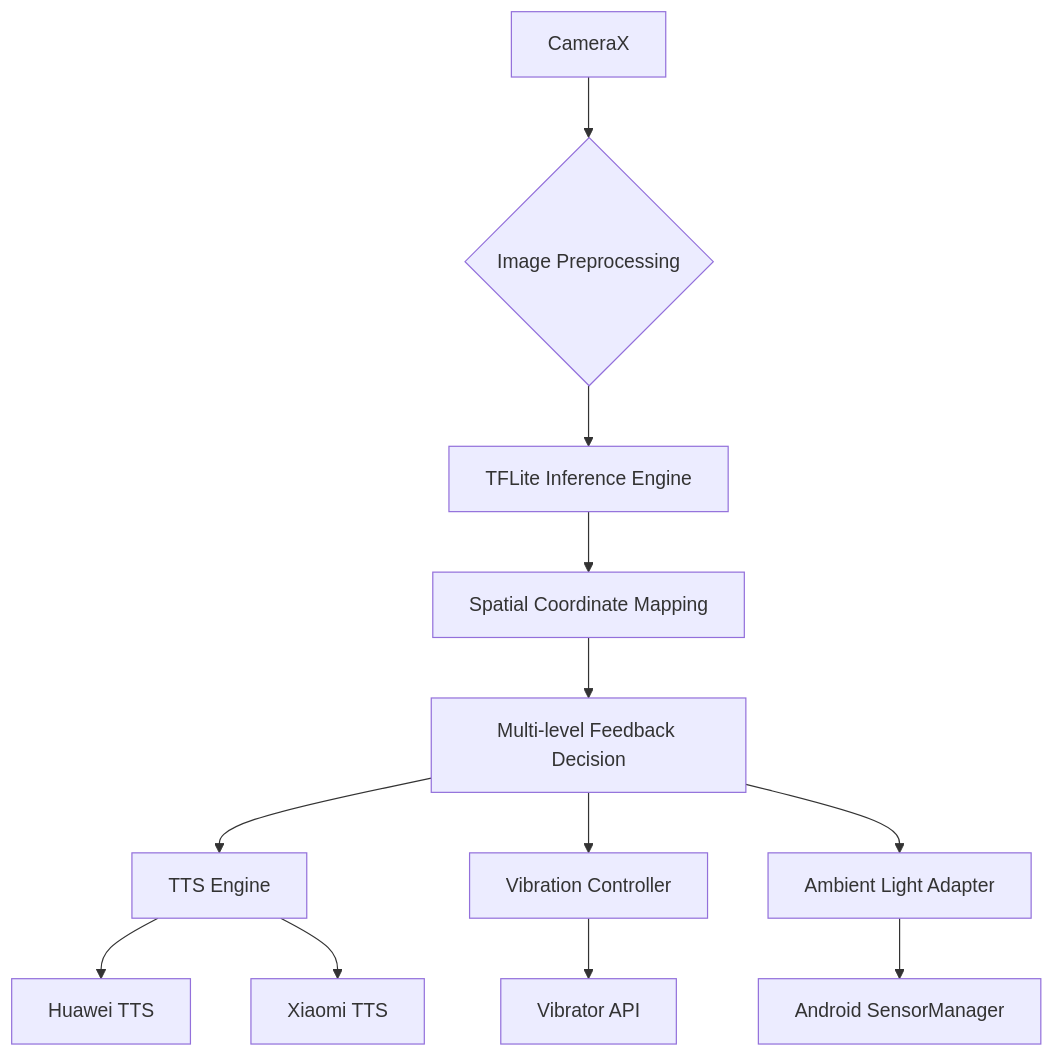
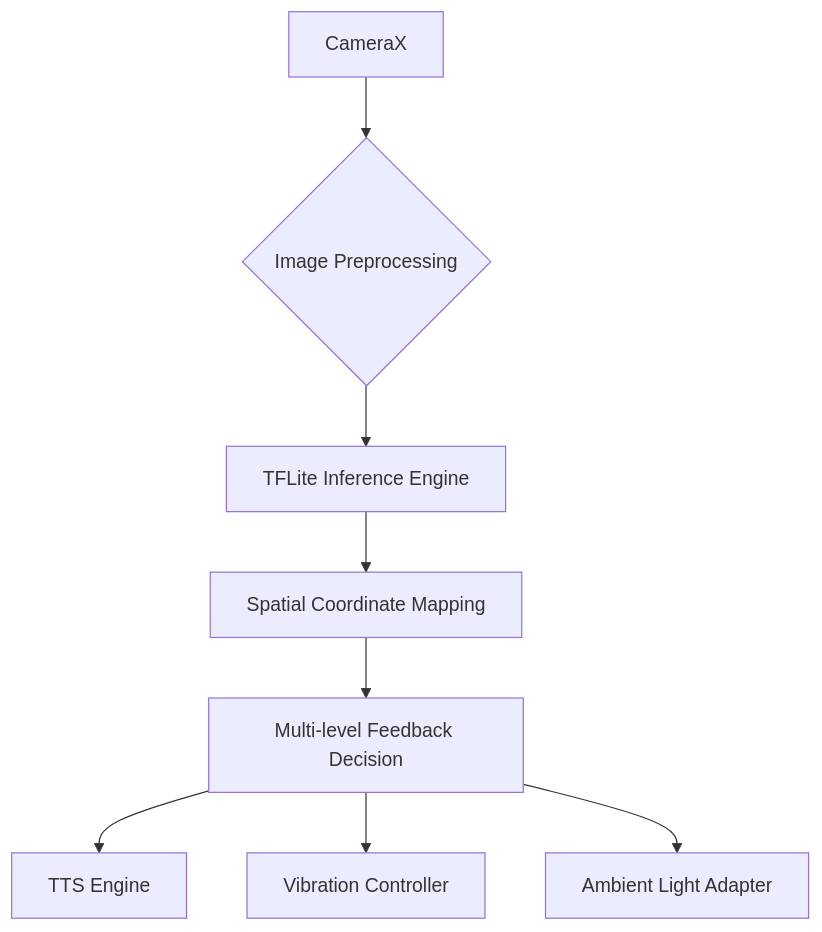
One commit to RUV2005/RUV2005 changed the first of 2 diagrams in README.md. Above: the diagram before and after it, drawn with Mermaid. The commit also changed other lines of this file, not shown here.

````diff
--- a/README.md
+++ b/README.md
@@ -51,14 +51,10 @@
 ```mermaid
 graph TD
     A[CameraX] --> B{Image Preprocessing}
     B --> C[TFLite Inference Engine]
     C --> D[Spatial Coordinate Mapping]
     D --> E[Multi-level Feedback Decision]
     E --> F[TTS Engine]
     E --> G[Vibration Controller]
     E --> H[Ambient Light Adapter]
-    H --> I[Android SensorManager]
-    G --> J[Vibrator API]
-    F --> K[Huawei TTS]
-    F --> L[Xiaomi TTS]
 ```
````
